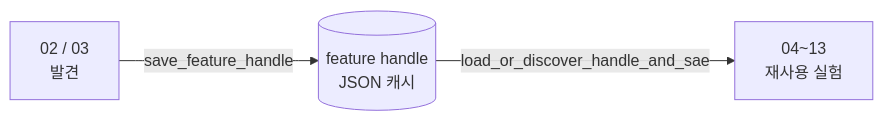
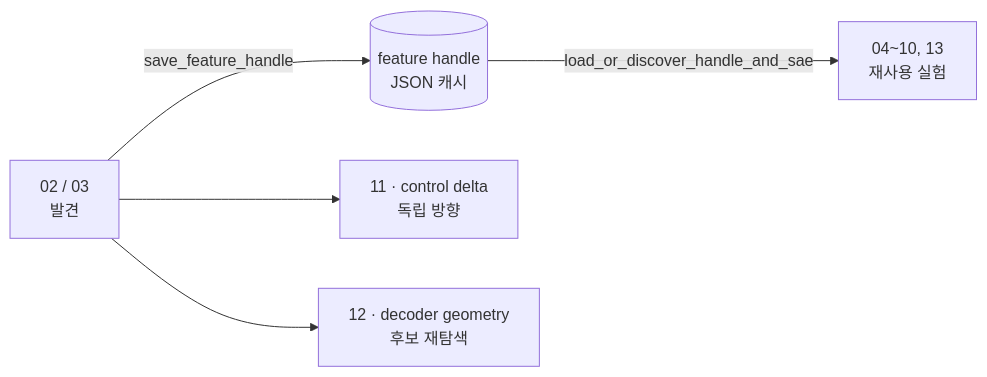
The second of 3 diagrams in docs/notebook_pipeline.md (JeonDongJun/mindscopex_analysis), drawn with Mermaid before and after one commit. The commit also changed other lines of this file and 14 other files, not shown here.

````diff
--- a/docs/notebook_pipeline.md
+++ b/docs/notebook_pipeline.md
@@ -62,5 +64,7 @@
 ```mermaid
 flowchart LR
     D["02 / 03<br/>발견"] -->|save_feature_handle| H[("feature handle<br/>JSON 캐시")]
-    H -->|load_or_discover_handle_and_sae| U["04~13<br/>재사용 실험"]
+    H -->|load_or_discover_handle_and_sae| U["04~10, 13<br/>재사용 실험"]
+    D --> I["11 · control delta<br/>독립 방향"]
+    D --> G["12 · decoder geometry<br/>후보 재탐색"]
 ```
````
